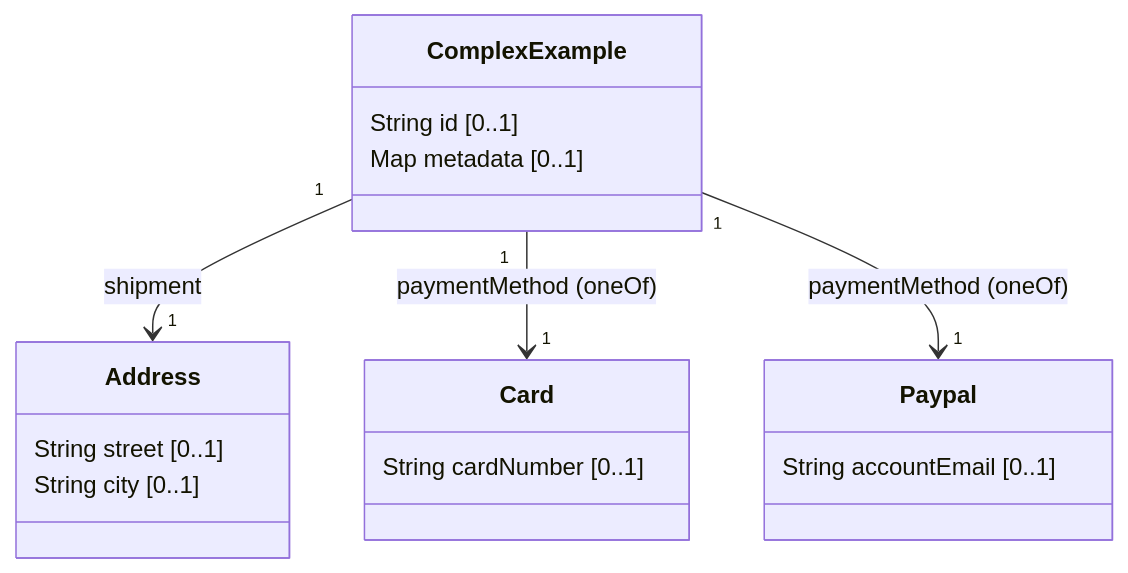
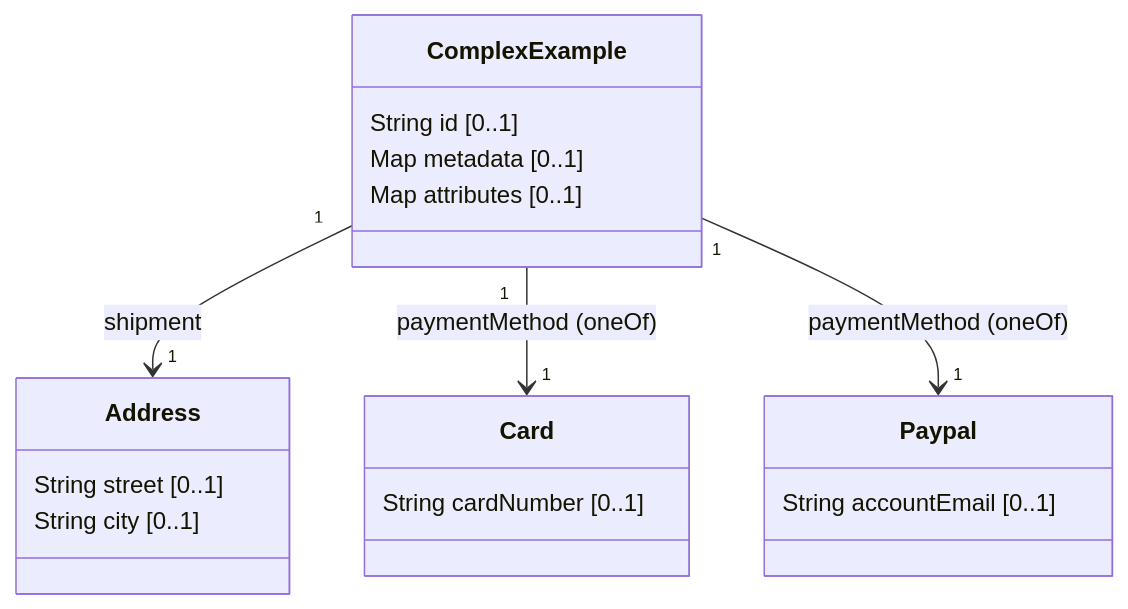
One commit to flemming-n-larsen/JSONSchema-to-Mermaid changed the fifth of 6 diagrams in README.md. Above: the diagram before and after it, drawn with Mermaid. The commit also changed other lines of this file and 6 other files, not shown here.

Commit message:
Implement support for patternProperties in MermaidGenerator and update tests

````diff
--- a/README.md
+++ b/README.md
@@ -237,21 +237,22 @@
 ```mermaid
 classDiagram
   class ComplexExample {
     String id [0..1]
     Map<String,String> metadata [0..1]
+    Map<String,Number> attributes [0..1]
   }
   class Address {
     String street [0..1]
     String city [0..1]
   }
   class Card {
     String cardNumber [0..1]
   }
   class Paypal {
     String accountEmail [0..1]
   }
 
   ComplexExample "1" --> "1" Address : shipment
   ComplexExample "1" --> "1" Card : paymentMethod (oneOf)
   ComplexExample "1" --> "1" Paypal : paymentMethod (oneOf)
 ```
````
